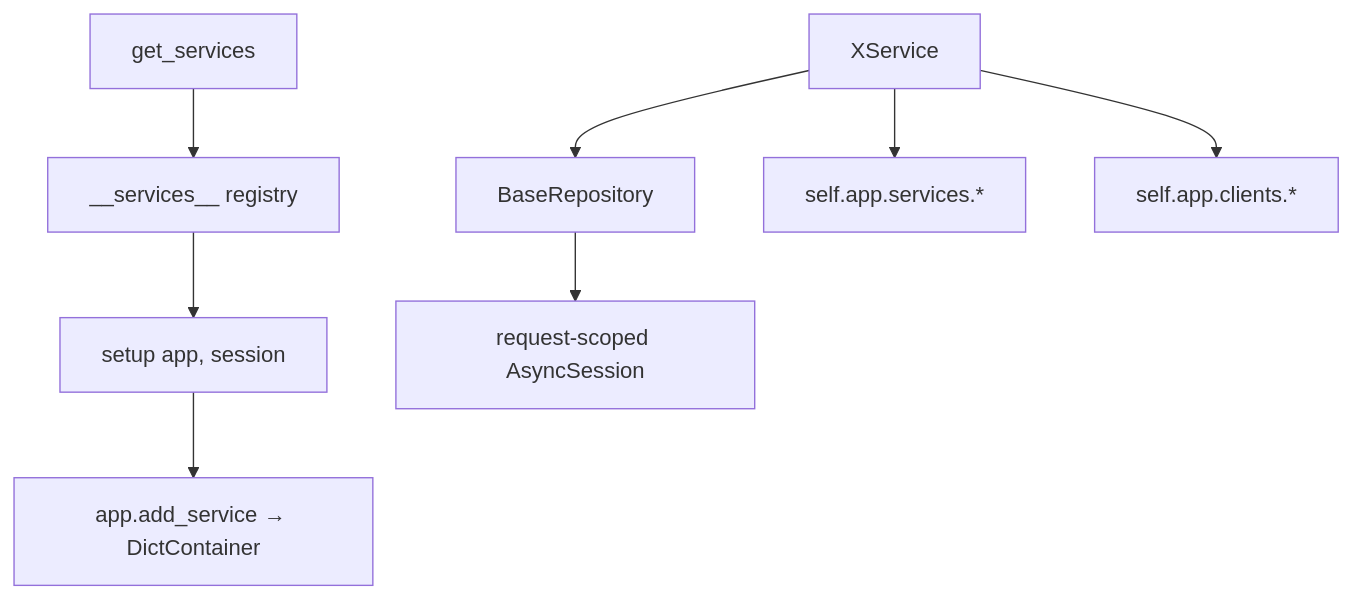
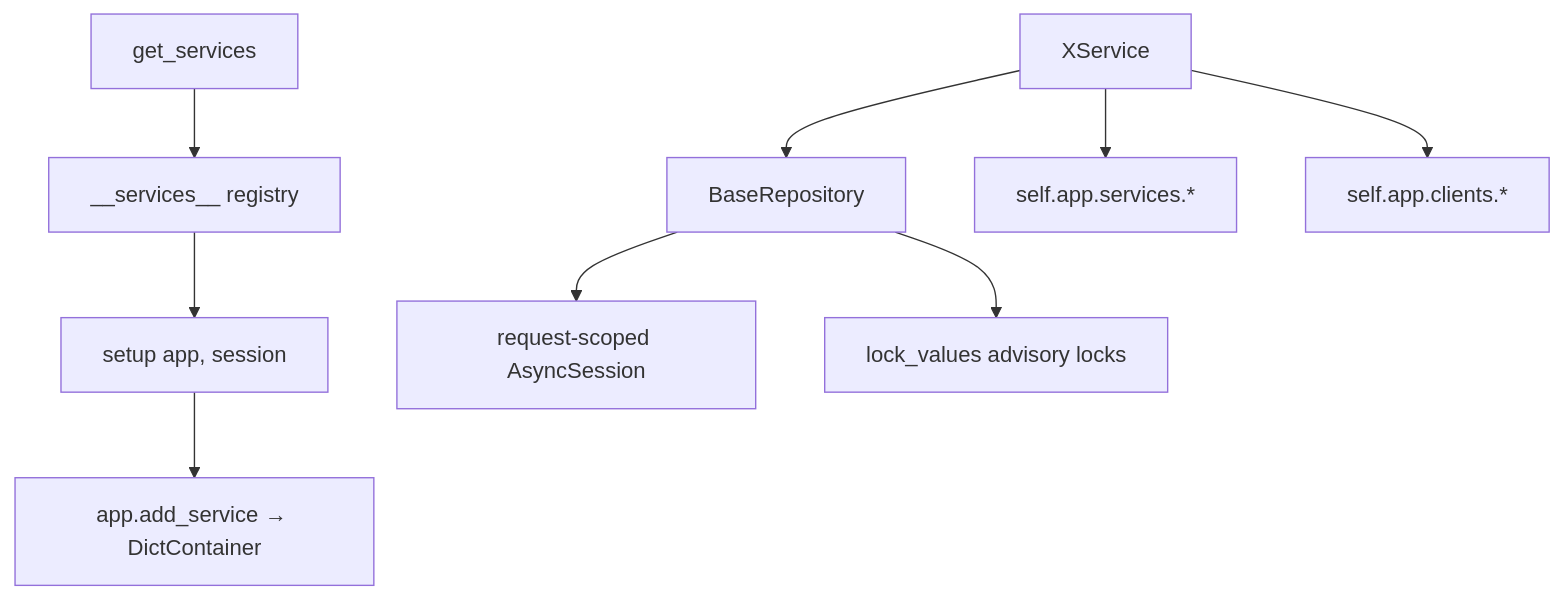
One commit to Tap2Cloud/backend-public changed the first of 2 diagrams in docs/wiki/services.md. Above: the diagram before and after it, drawn with Mermaid. The commit also changed other lines of this file and 15 other files, not shown here.

````diff
--- a/docs/wiki/services.md
+++ b/docs/wiki/services.md
@@ -9,10 +9,11 @@
 ```mermaid
 graph TD
   GS[get_services] --> Reg[__services__ registry]
   Reg --> Setup[setup app, session]
   Setup --> Add[app.add_service → DictContainer]
   Svc[XService] --> Repo[BaseRepository]
   Repo --> Session[request-scoped AsyncSession]
   Svc --> Peers[self.app.services.*]
   Svc --> Clients[self.app.clients.*]
+  Repo --> Lock[lock_values advisory locks]
 ```
````
